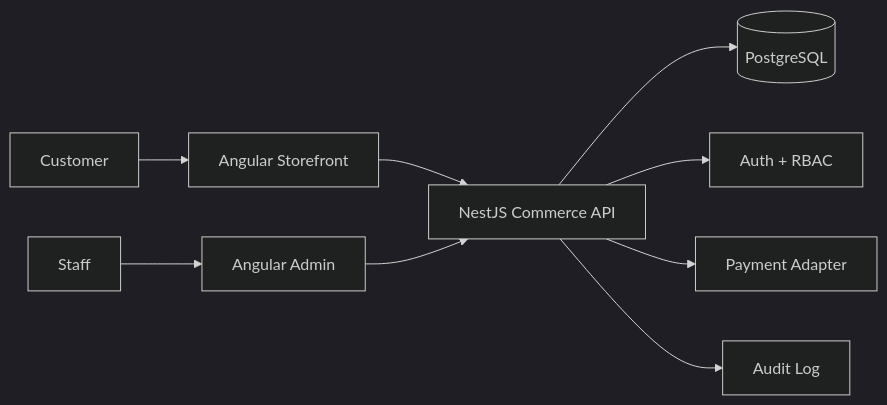
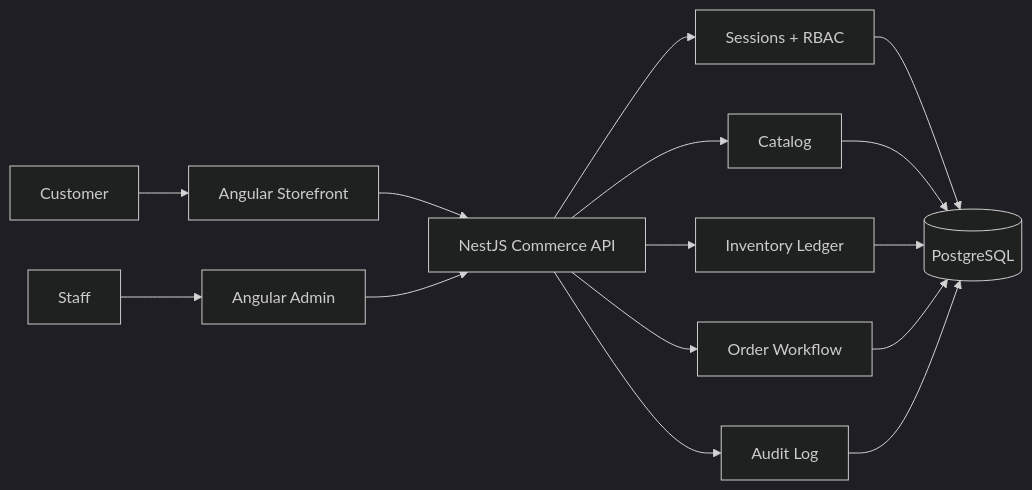
Before and after one commit to SamirNexus/Market: the diagram in README.md, drawn with Mermaid (dark theme). The commit also changed other lines of this file, not shown here.

Commit message:
Document current product architecture and security

````diff
--- a/README.md
+++ b/README.md
@@ -49,11 +49,20 @@
 ```mermaid
 flowchart LR
   Customer[Customer] --> Storefront[Angular Storefront]
   Staff[Staff] --> Admin[Angular Admin]
+
   Storefront --> API[NestJS Commerce API]
   Admin --> API
-  API --> DB[(PostgreSQL)]
-  API --> Auth[Auth + RBAC]
-  API --> Payments[Payment Adapter]
+
+  API --> Auth[Sessions + RBAC]
+  API --> Catalog[Catalog]
+  API --> Inventory[Inventory Ledger]
+  API --> Orders[Order Workflow]
   API --> Audit[Audit Log]
+
+  Auth --> DB[(PostgreSQL)]
+  Catalog --> DB
+  Inventory --> DB
+  Orders --> DB
+  Audit --> DB
 ```
````
